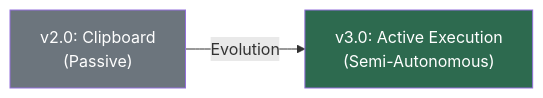
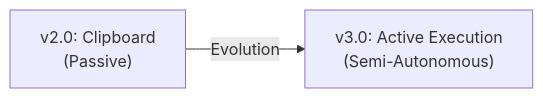
Before and after one commit to docxology/codomyrmex: the second of 6 diagrams in docs/modules/agents/PAI/WORKFLOWS.md, drawn with Mermaid. The commit also changed 86 other files, not shown here.

````diff
--- a/docs/modules/agents/PAI/WORKFLOWS.md
+++ b/docs/modules/agents/PAI/WORKFLOWS.md
@@ -73,10 +73,7 @@
 ```mermaid
 graph LR
     V2["v2.0: Clipboard<br/>(Passive)"]
     V3["v3.0: Active Execution<br/>(Semi-Autonomous)"]
 
     V2 -->|"Evolution"| V3
-
-    style V2 fill:#6c757d,color:white
-    style V3 fill:#2d6a4f,color:white
 ```
````
